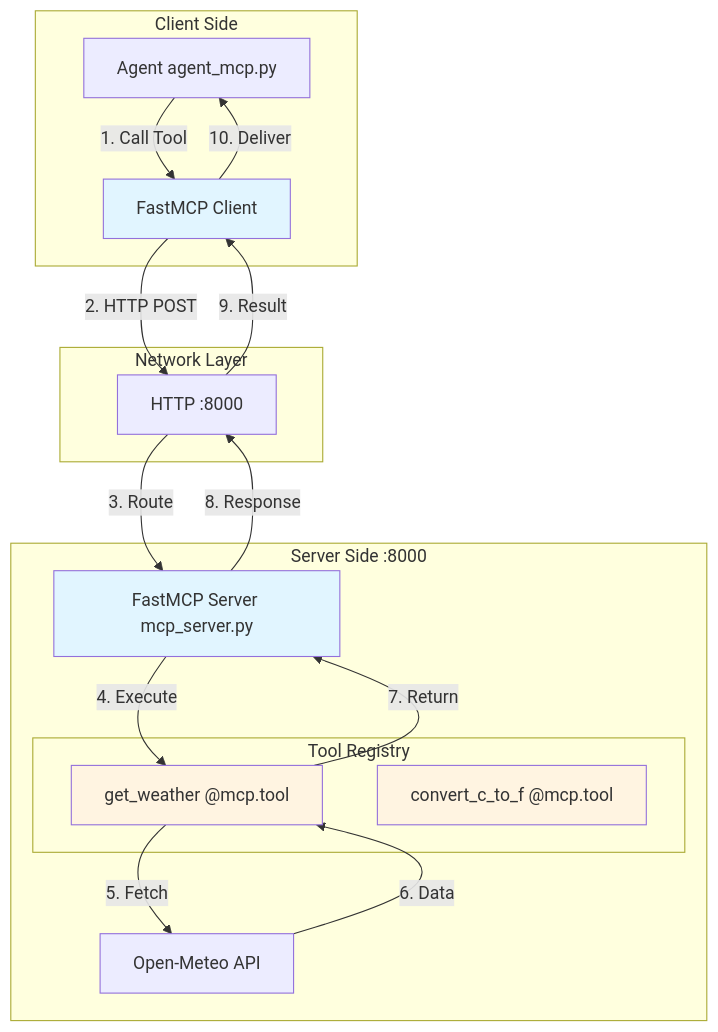
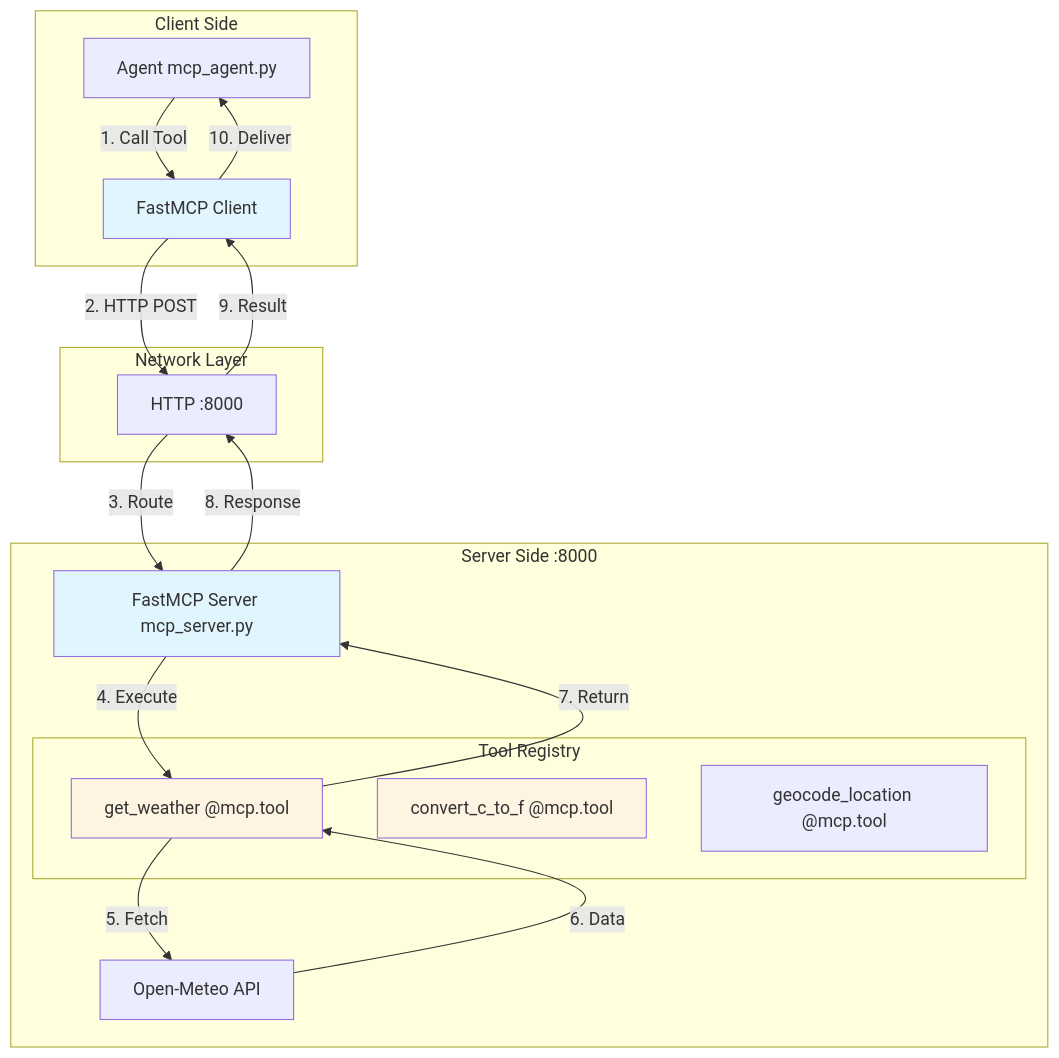
The first of 4 diagrams in docs/architecture-lab3.md (skillrepos/ai-3in1), drawn with Mermaid before and after one commit. The commit also changed other lines of this file and 10 other files, not shown here.

Commit message:
update retries and architecture diagrams

````diff
--- a/docs/architecture-lab3.md
+++ b/docs/architecture-lab3.md
@@ -8,38 +8,39 @@
 ```mermaid
 graph TB
     subgraph "Client Side"
-        Agent[Agent agent_mcp.py]
+        Agent[Agent mcp_agent.py]
         MCPClient[FastMCP Client]
     end
 
     subgraph "Network Layer"
         HTTP[HTTP :8000]
     end
 
     subgraph "Server Side :8000"
         MCPServer[FastMCP Server mcp_server.py]
 
         subgraph "Tool Registry"
             Tool1[get_weather @mcp.tool]
             Tool2[convert_c_to_f @mcp.tool]
+            Tool3[geocode_location @mcp.tool]
         end
 
         API[Open-Meteo API]
     end
 
     Agent -->|1. Call Tool| MCPClient
     MCPClient -->|2. HTTP POST| HTTP
     HTTP -->|3. Route| MCPServer
     MCPServer -->|4. Execute| Tool1
     Tool1 -->|5. Fetch| API
     API -->|6. Data| Tool1
     Tool1 -->|7. Return| MCPServer
     MCPServer -->|8. Response| HTTP
     HTTP -->|9. Result| MCPClient
     MCPClient -->|10. Deliver| Agent
 
     style MCPClient fill:#e1f5ff
     style MCPServer fill:#e1f5ff
     style Tool1 fill:#fff4e1
     style Tool2 fill:#fff4e1
 ```
````
